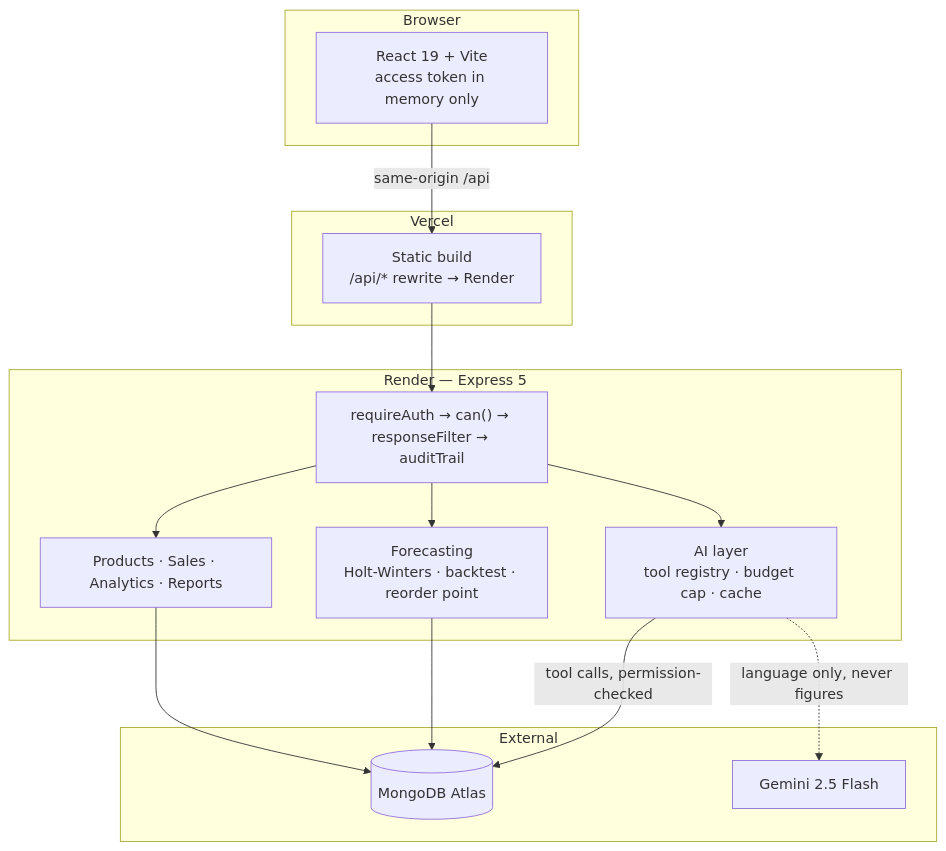
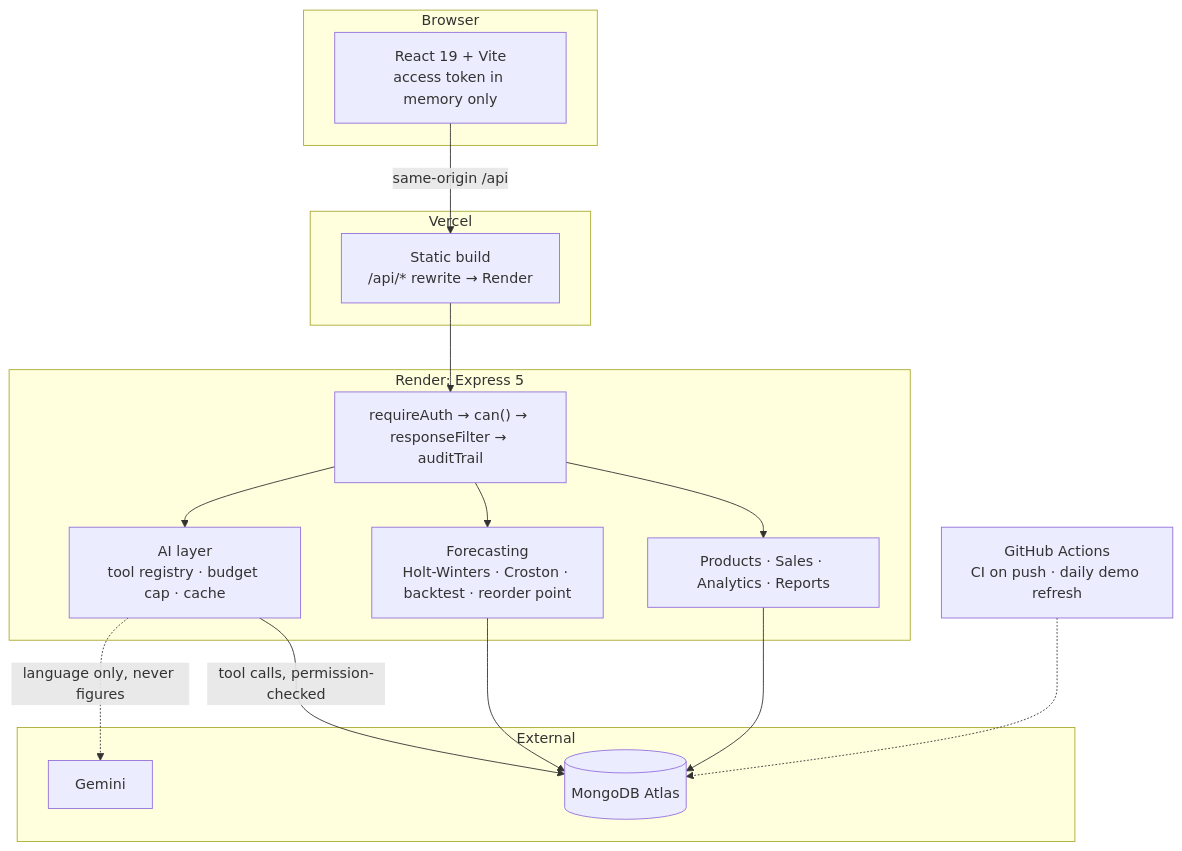
One commit to knightowl146/Smart-Inventory-And-Sales-Management-System changed the diagram in README.md. Above: the diagram before and after it, drawn with Mermaid. The commit also changed other lines of this file and 84 other files, not shown here.

````diff
--- a/README.md
+++ b/README.md
@@ -63,32 +234,35 @@
 ```mermaid
 flowchart TB
     subgraph Browser
         UI["React 19 + Vite<br/>access token in memory only"]
     end
 
     subgraph Vercel
         CDN["Static build<br/>/api/* rewrite → Render"]
     end
 
-    subgraph Render["Render — Express 5"]
+    subgraph Render["Render: Express 5"]
         MW["requireAuth → can() → responseFilter → auditTrail"]
         API["Products · Sales · Analytics · Reports"]
-        FC["Forecasting<br/>Holt-Winters · backtest · reorder point"]
+        FC["Forecasting<br/>Holt-Winters · Croston · backtest · reorder point"]
         AI["AI layer<br/>tool registry · budget cap · cache"]
     end
 
     subgraph External
         DB[("MongoDB Atlas")]
-        GEM["Gemini 2.5 Flash"]
+        GEM["Gemini"]
     end
+
+    GHA["GitHub Actions<br/>CI on push · daily demo refresh"]
 
     UI -->|"same-origin /api"| CDN
     CDN --> MW
     MW --> API
     MW --> FC
     MW --> AI
     API --> DB
     FC --> DB
     AI -->|"tool calls, permission-checked"| DB
     AI -.->|"language only, never figures"| GEM
+    GHA -.-> DB
 ```
````
